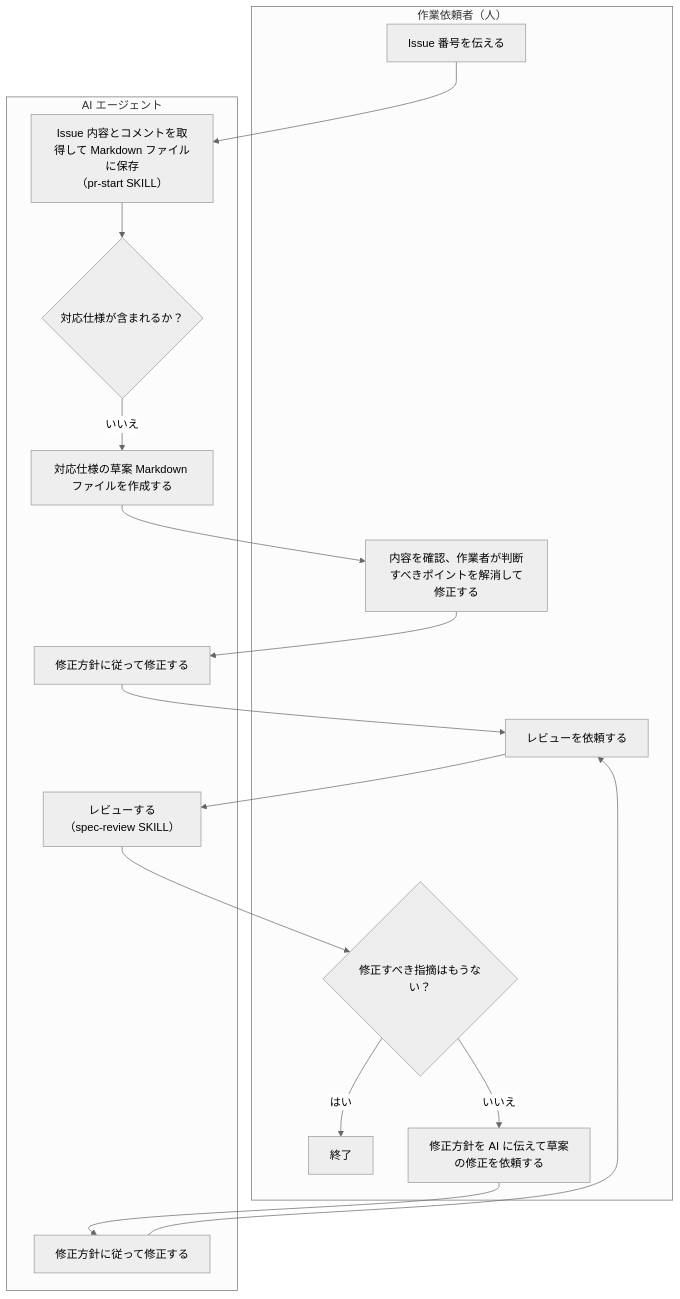
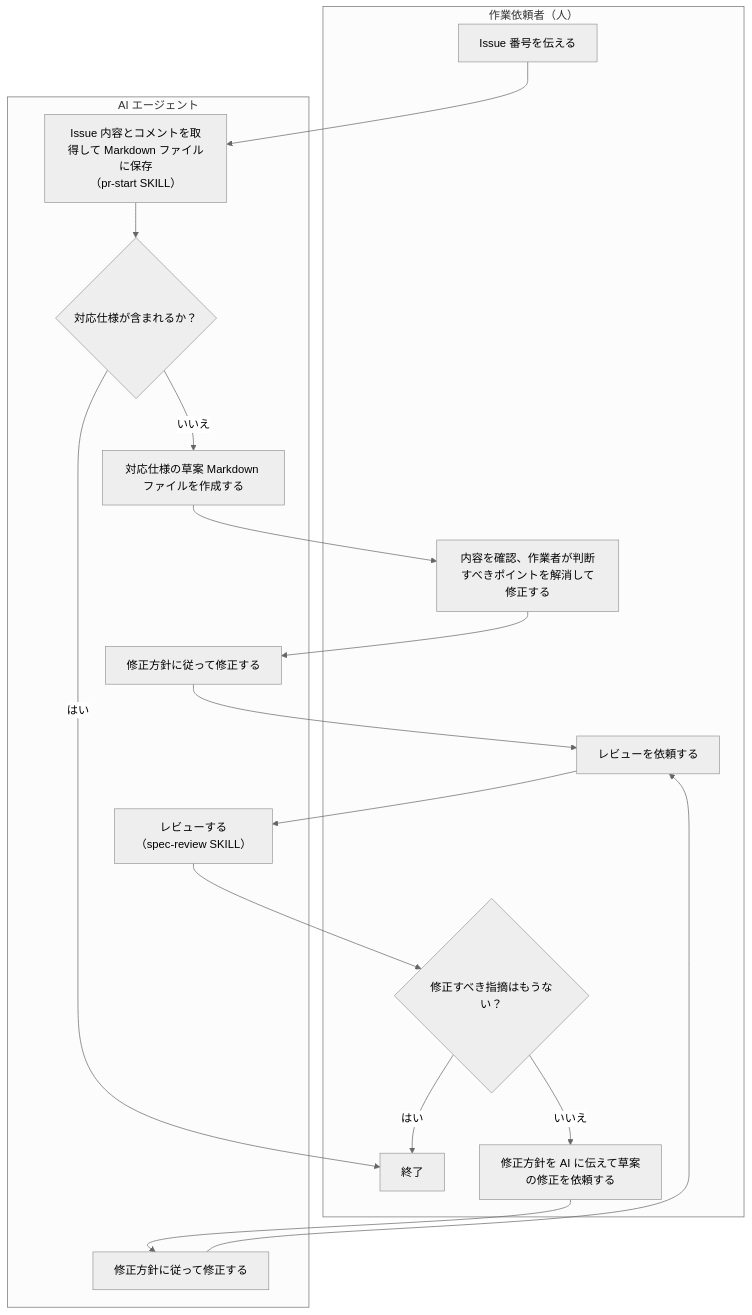
One commit to k5n/custom-agents-settings changed the fifth of 6 diagrams in docs/Workflow.md. Above: the diagram before and after it, drawn with Mermaid (neutral theme). The commit also changed other lines of this file and 12 other files, not shown here.

````diff
--- a/docs/Workflow.md
+++ b/docs/Workflow.md
@@ -164,26 +164,27 @@
 ```mermaid
 flowchart TD
     subgraph Human[作業依頼者（人）]
         A[Issue 番号を伝える]
         E[内容を確認、作業者が判断すべきポイントを解消して修正する]
         G[レビューを依頼する]
         I{修正すべき指摘はもうない？}
         J[終了]
         K[修正方針を AI に伝えて草案の修正を依頼する]
     end
 
     subgraph AI[AI エージェント]
         B[Issue 内容とコメントを取得して Markdown ファイルに保存\n（pr-start SKILL）]
         C{対応仕様が含まれるか？}
         D[対応仕様の草案 Markdown ファイルを作成する]
         F[修正方針に従って修正する]
         H[レビューする\n（spec-review SKILL）]
         L[修正方針に従って修正する]
     end
 
     A --> B --> C
     C -- いいえ --> D --> E --> F --> G
+    C -- はい --> J
     G --> H --> I
     I -- はい --> J
     I -- いいえ --> K --> L --> G
 ```
````
